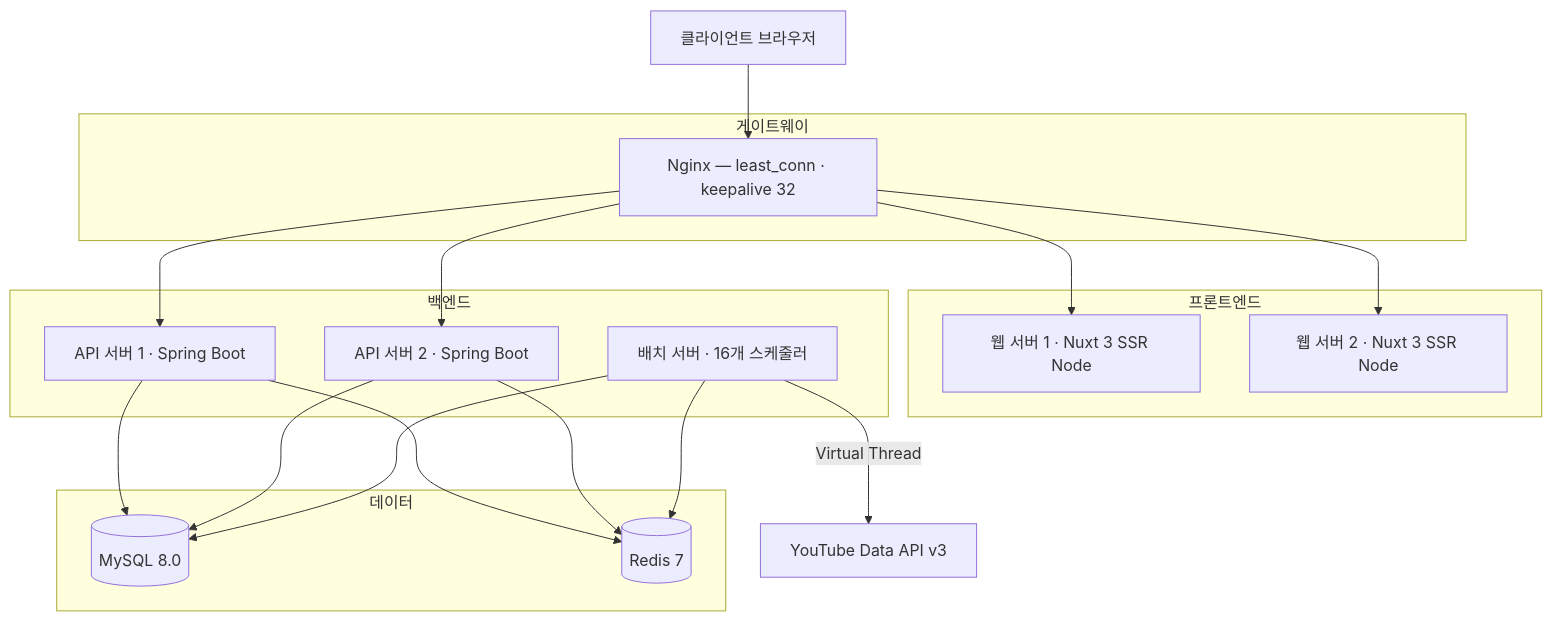
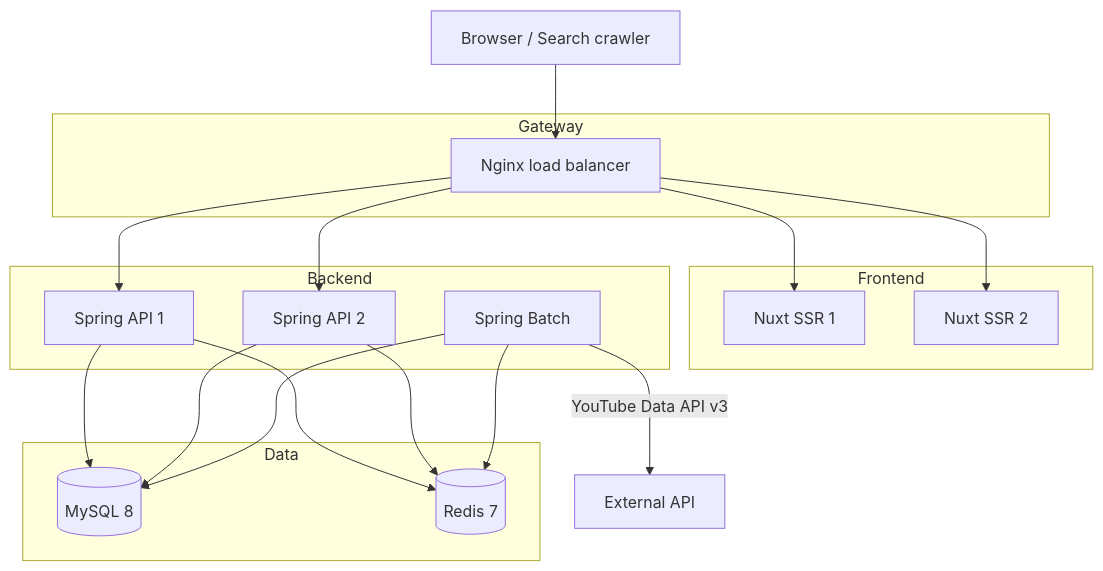
One commit to dakcoh/tubeten changed the diagram in README.md. Above: the diagram before and after it, drawn with Mermaid. The commit also changed other lines of this file, not shown here.

````diff
--- a/README.md
+++ b/README.md
@@ -53,31 +88,31 @@
 ```mermaid
 flowchart TB
-    Client[클라이언트 브라우저]
+    User["Browser / Search crawler"]
 
-    subgraph Gateway["게이트웨이"]
-        LB["Nginx — least_conn · keepalive 32"]
+    subgraph Edge["Gateway"]
+        Nginx["Nginx load balancer"]
     end
 
-    subgraph Frontend["프론트엔드"]
-        Web1[웹 서버 1 · Nuxt 3 SSR Node]
-        Web2[웹 서버 2 · Nuxt 3 SSR Node]
+    subgraph Frontend["Frontend"]
+        Web1["Nuxt SSR 1"]
+        Web2["Nuxt SSR 2"]
     end
 
-    subgraph Backend["백엔드"]
-        API1[API 서버 1 · Spring Boot]
-        API2[API 서버 2 · Spring Boot]
-        Batch[배치 서버 · 16개 스케줄러]
+    subgraph Backend["Backend"]
+        API1["Spring API 1"]
+        API2["Spring API 2"]
+        Batch["Spring Batch"]
     end
 
-    subgraph Data["데이터"]
-        MySQL[(MySQL 8.0)]
-        Redis[(Redis 7)]
+    subgraph Data["Data"]
+        MySQL[("MySQL 8")]
+        Redis[("Redis 7")]
     end
 
-    Client --> LB
-    LB --> Web1 & Web2
-    LB --> API1 & API2
+    User --> Nginx
+    Nginx --> Web1 & Web2
+    Nginx --> API1 & API2
     API1 & API2 --> MySQL & Redis
     Batch --> MySQL & Redis
-    Batch -->|Virtual Thread| YouTube[YouTube Data API v3]
+    Batch -->|"YouTube Data API v3"| YouTube["External API"]
 ```
````
